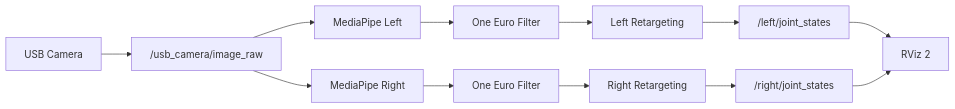
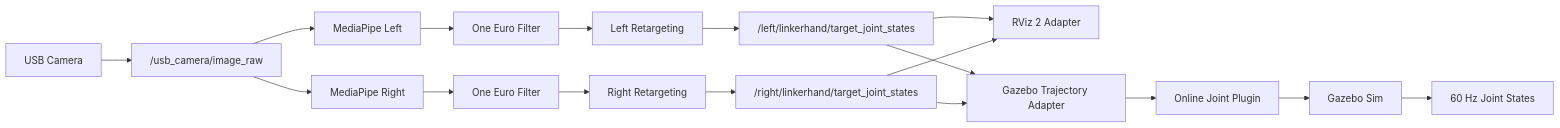
Before and after one commit to 2303886347/linkerhand_gesture_control_sim: the diagram in README.en.md, drawn with Mermaid. The commit also changed other lines of this file and 25 other files, not shown here.

````diff
--- a/README.en.md
+++ b/README.en.md
@@ -55,14 +60,19 @@
 ```mermaid
 flowchart LR
     CAM[USB Camera] --> IMG["/usb_camera/image_raw"]
     IMG --> MPL[MediaPipe Left]
     IMG --> MPR[MediaPipe Right]
     MPL --> FL[One Euro Filter]
     MPR --> FR[One Euro Filter]
     FL --> RL[Left Retargeting]
     FR --> RR[Right Retargeting]
-    RL --> JL["/left/joint_states"]
-    RR --> JR["/right/joint_states"]
-    JL --> RVIZ[RViz 2]
-    JR --> RVIZ
+    RL --> TL["/left/linkerhand/target_joint_states"]
+    RR --> TR["/right/linkerhand/target_joint_states"]
+    TL --> RVIZ[RViz 2 Adapter]
+    TR --> RVIZ
+    TL --> GZA[Gazebo Trajectory Adapter]
+    TR --> GZA
+    GZA --> GZP[Online Joint Plugin]
+    GZP --> GZ[Gazebo Sim]
+    GZ --> JS[60 Hz Joint States]
 ```
````
